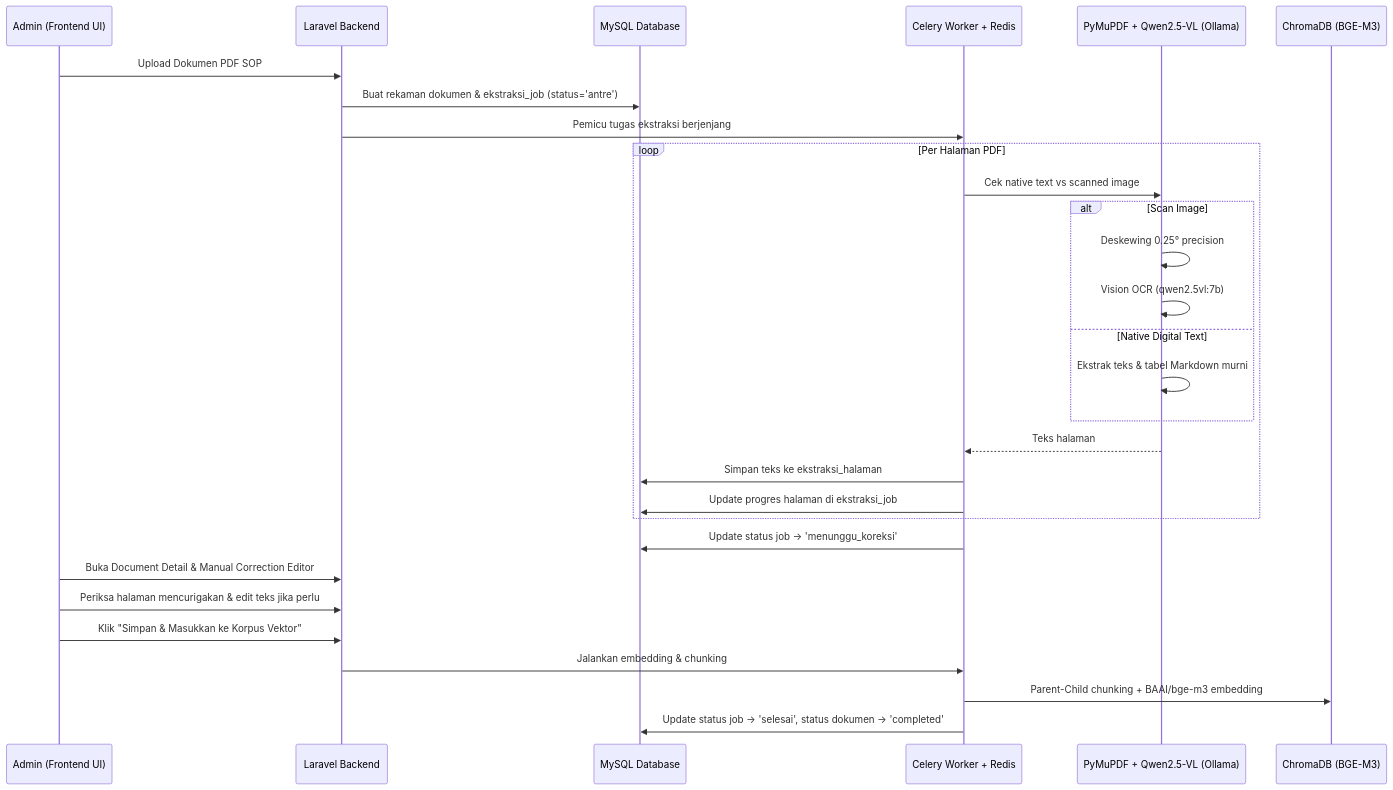
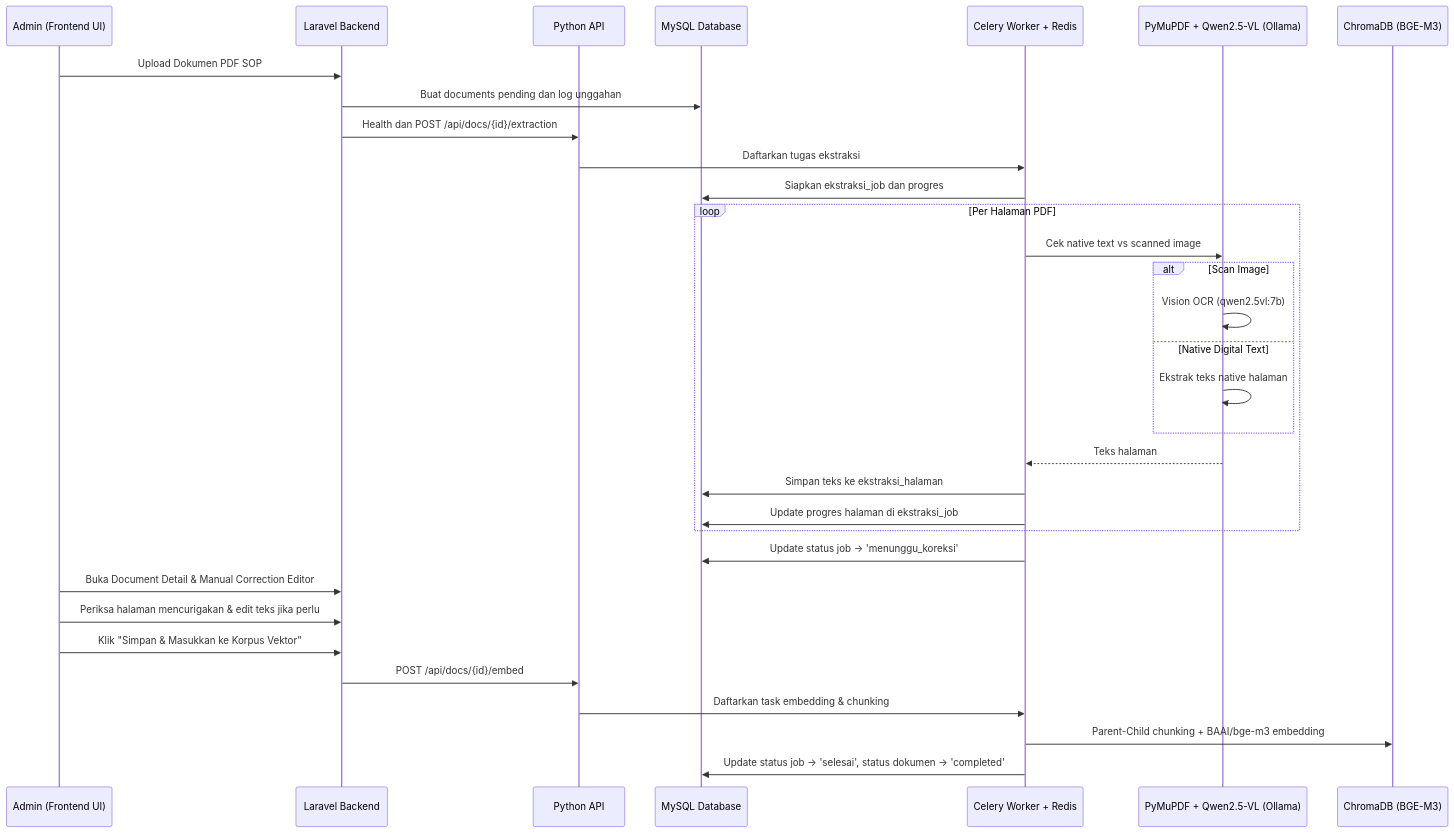
The second of 6 diagrams in docs/02-arsitektur_sistem_agentic_copilot.md (nftxvn/agentic-chatbot), drawn with Mermaid before and after one commit. The commit also changed other lines of this file and 24 other files, not shown here.

````diff
--- a/docs/02-arsitektur_sistem_agentic_copilot.md
+++ b/docs/02-arsitektur_sistem_agentic_copilot.md
@@ -94,34 +117,37 @@
 ```mermaid
 sequenceDiagram
     participant Admin as Admin (Frontend UI)
     participant Laravel as Laravel Backend
+    participant API as Python API
     participant MySQL as MySQL Database
     participant Celery as Celery Worker + Redis
     participant Vision as PyMuPDF + Qwen2.5-VL (Ollama)
     participant Chroma as ChromaDB (BGE-M3)
 
     Admin->>Laravel: Upload Dokumen PDF SOP
-    Laravel->>MySQL: Buat rekaman dokumen & ekstraksi_job (status='antre')
-    Laravel->>Celery: Pemicu tugas ekstraksi berjenjang
-    
+    Laravel->>MySQL: Buat documents pending dan log unggahan
+    Laravel->>API: Health dan POST /api/docs/{id}/extraction
+    API->>Celery: Daftarkan tugas ekstraksi
+    Celery->>MySQL: Siapkan ekstraksi_job dan progres
+
     loop Per Halaman PDF
         Celery->>Vision: Cek native text vs scanned image
         alt Scan Image
-            Vision->>Vision: Deskewing 0.25° precision
             Vision->>Vision: Vision OCR (qwen2.5vl:7b)
         else Native Digital Text
-            Vision->>Vision: Ekstrak teks & tabel Markdown murni
+            Vision->>Vision: Ekstrak teks native halaman
         end
         Vision-->>Celery: Teks halaman
         Celery->>MySQL: Simpan teks ke ekstraksi_halaman
         Celery->>MySQL: Update progres halaman di ekstraksi_job
     end
 
     Celery->>MySQL: Update status job -> 'menunggu_koreksi'
     Admin->>Laravel: Buka Document Detail & Manual Correction Editor
     Admin->>Laravel: Periksa halaman mencurigakan & edit teks jika perlu
     Admin->>Laravel: Klik "Simpan & Masukkan ke Korpus Vektor"
-    Laravel->>Celery: Jalankan embedding & chunking
+    Laravel->>API: POST /api/docs/{id}/embed
+    API->>Celery: Daftarkan task embedding & chunking
     Celery->>Chroma: Parent-Child chunking + BAAI/bge-m3 embedding
     Celery->>MySQL: Update status job -> 'selesai', status dokumen -> 'completed'
 ```
````
